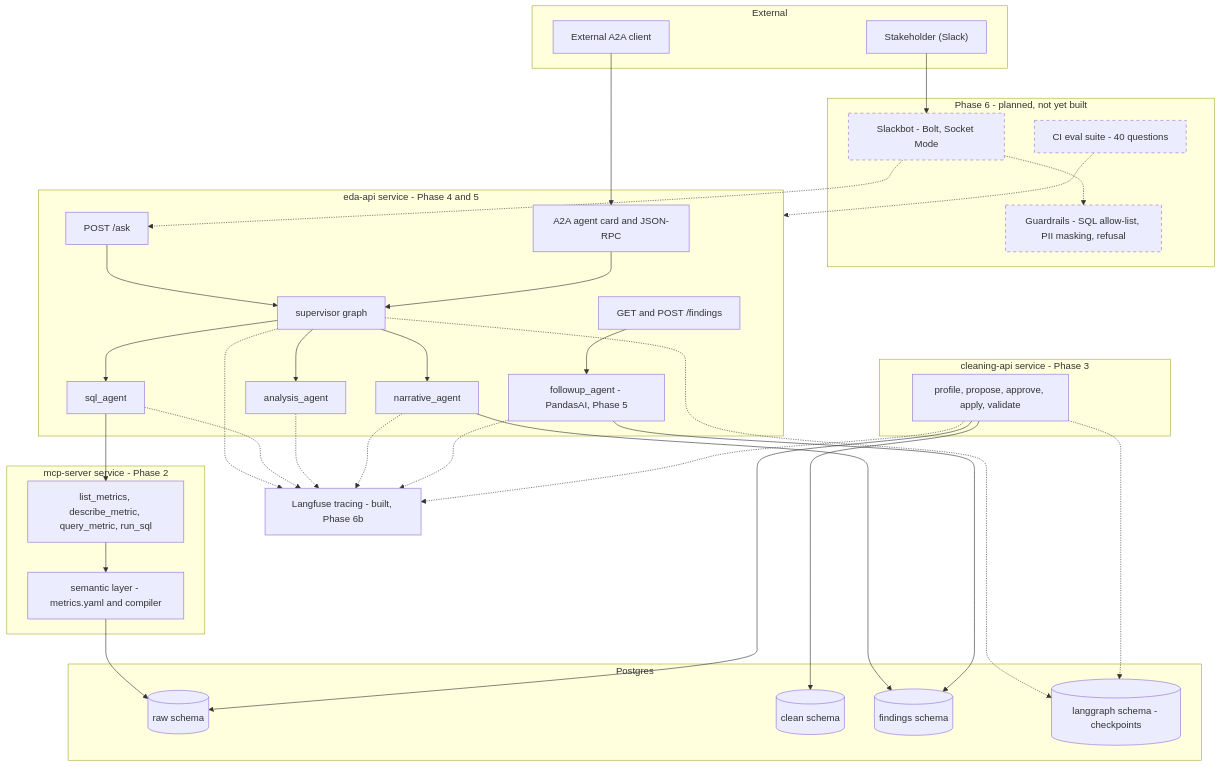
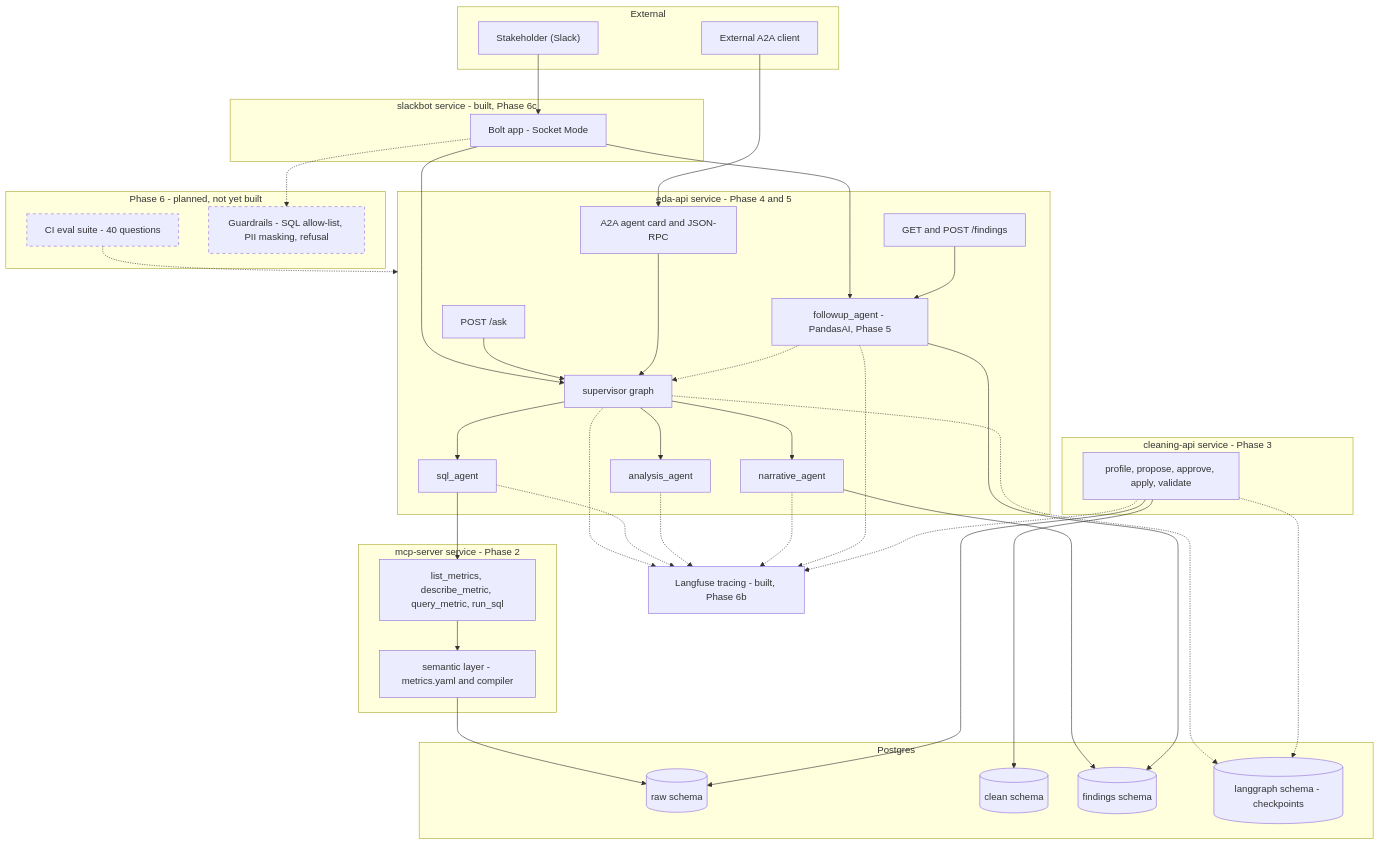
Before and after one commit to DrUkachi/talk-to-your-data: the diagram in docs/architecture.md, drawn with Mermaid. The commit also changed other lines of this file and 16 other files, not shown here.

````diff
--- a/docs/architecture.md
+++ b/docs/architecture.md
@@ -14,72 +14,77 @@
 ```mermaid
 flowchart TB
     subgraph External
         User["Stakeholder (Slack)"]
         A2AClient["External A2A client"]
     end
 
     subgraph Phase6["Phase 6 - planned, not yet built"]
-        Slackbot["Slackbot - Bolt, Socket Mode"]
         CIEval["CI eval suite - 40 questions"]
         Guardrails["Guardrails - SQL allow-list, PII masking, refusal"]
     end
 
     Langfuse["Langfuse tracing - built, Phase 6b"]
+
+    subgraph SlackbotSvc["slackbot service - built, Phase 6c"]
+        Slackbot["Bolt app - Socket Mode"]
+    end
 
     subgraph EdaApi["eda-api service - Phase 4 and 5"]
         Ask["POST /ask"]
         A2ARoutes["A2A agent card and JSON-RPC"]
         FindingsRoutes["GET and POST /findings"]
         Supervisor["supervisor graph"]
         SqlAgent["sql_agent"]
         AnalysisAgent["analysis_agent"]
         NarrativeAgent["narrative_agent"]
         FollowupAgent["followup_agent - PandasAI, Phase 5"]
     end
 
     subgraph CleaningApi["cleaning-api service - Phase 3"]
         CleaningGraph["profile, propose, approve, apply, validate"]
     end
 
     subgraph Mcp["mcp-server service - Phase 2"]
         SemanticLayer["semantic layer - metrics.yaml and compiler"]
         McpTools["list_metrics, describe_metric, query_metric, run_sql"]
     end
 
     subgraph Postgres
         Raw[("raw schema")]
         Clean[("clean schema")]
         Findings[("findings schema")]
         LangGraphSchema[("langgraph schema - checkpoints")]
     end
 
     User --> Slackbot
-    Slackbot -.-> Ask
+    Slackbot --> Supervisor
+    Slackbot --> FollowupAgent
     A2AClient --> A2ARoutes
     Ask --> Supervisor
     A2ARoutes --> Supervisor
     Supervisor --> SqlAgent
     Supervisor --> AnalysisAgent
     Supervisor --> NarrativeAgent
     SqlAgent --> McpTools
     NarrativeAgent --> Findings
     FindingsRoutes --> FollowupAgent
     FollowupAgent --> Findings
+    FollowupAgent -.-> Supervisor
     McpTools --> SemanticLayer
     SemanticLayer --> Raw
     CleaningGraph --> Clean
     CleaningGraph --> Raw
     Supervisor -.-> LangGraphSchema
     CleaningGraph -.-> LangGraphSchema
     Supervisor -.-> Langfuse
     SqlAgent -.-> Langfuse
     AnalysisAgent -.-> Langfuse
     NarrativeAgent -.-> Langfuse
     FollowupAgent -.-> Langfuse
     CleaningGraph -.-> Langfuse
     CIEval -.-> EdaApi
     Slackbot -.-> Guardrails
 
     classDef planned stroke-dasharray: 5 5
-    class Slackbot,CIEval,Guardrails planned
+    class CIEval,Guardrails planned
 ```
````
